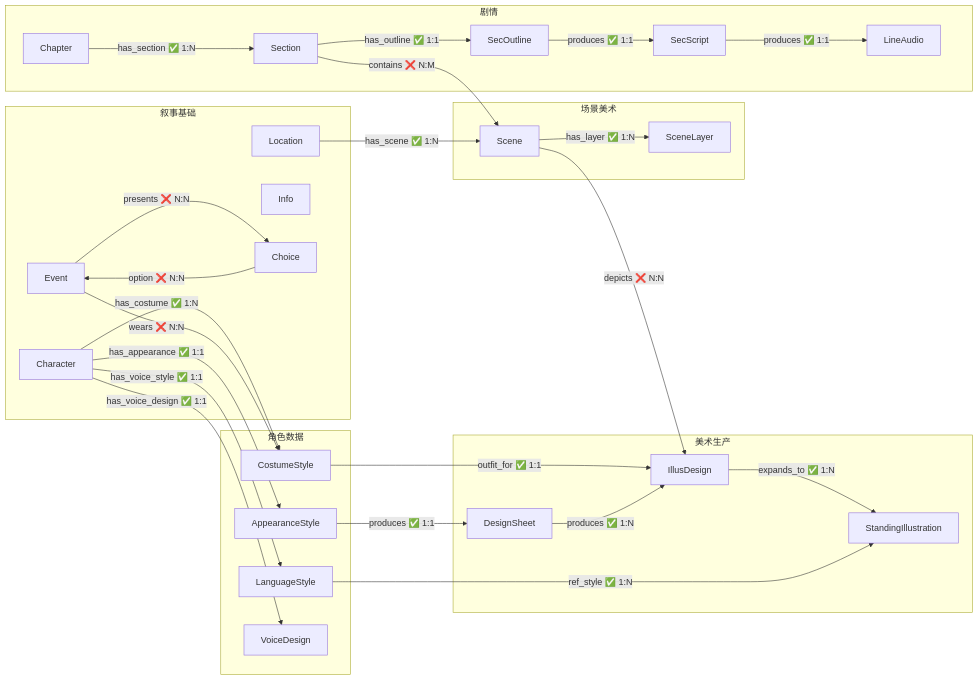
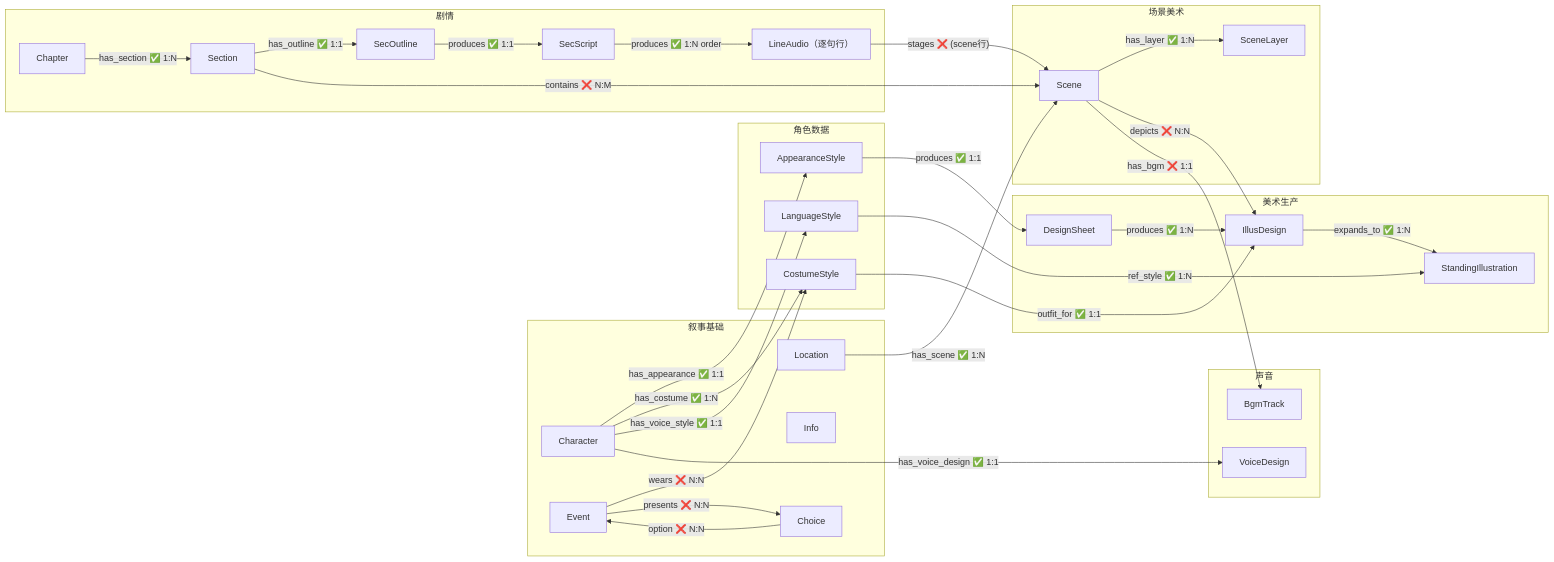
The diagram in 00_init/Schema总览.md (CrazyJinn/OtheredGlass), drawn with Mermaid before and after one commit. The commit also changed other lines of this file and 53 other files, not shown here.

````diff
--- a/00_init/Schema总览.md
+++ b/00_init/Schema总览.md
@@ -95,57 +100,63 @@
 ```mermaid
 flowchart LR
     subgraph 叙事["叙事基础"]
         Character["Character"]
         Event["Event"]
         Location["Location"]
         Info["Info"]
         Choice["Choice"]
     end
 
     subgraph 角色数据["角色数据"]
         Appearance["AppearanceStyle"]
         Costume["CostumeStyle"]
         Language["LanguageStyle"]
-        Voice["VoiceDesign"]
     end
 
     subgraph 美术生产["美术生产"]
         DesignSheet["DesignSheet"]
         IllusDesign["IllusDesign"]
         StandingIllus["StandingIllustration"]
     end
 
     subgraph 场景美术["场景美术"]
         Scene["Scene"]
         SceneLayer["SceneLayer"]
     end
 
+    subgraph 声音["声音"]
+        Voice["VoiceDesign"]
+        BgmTrack["BgmTrack"]
+    end
+
     subgraph 剧情["剧情"]
         Chapter["Chapter"]
         Section["Section"]
         SecOutline["SecOutline"]
         SecScript["SecScript"]
-        LineAudio["LineAudio"]
+        LineAudio["LineAudio（逐句行）"]
     end
 
     Character -->|"has_appearance ✅ 1:1"| Appearance
     Character -->|"has_costume ✅ 1:N"| Costume
     Character -->|"has_voice_style ✅ 1:1"| Language
     Character -->|"has_voice_design ✅ 1:1"| Voice
     Appearance -->|"produces ✅ 1:1"| DesignSheet
     Costume -->|"outfit_for ✅ 1:1"| IllusDesign
     DesignSheet -->|"produces ✅ 1:N"| IllusDesign
     Event -->|"wears ❌ N:N"| Costume
     Event -->|"presents ❌ N:N"| Choice
     Choice -->|"option ❌ N:N"| Event
     IllusDesign -->|"expands_to ✅ 1:N"| StandingIllus
     Language -->|"ref_style ✅ 1:N"| StandingIllus
     Location -->|"has_scene ✅ 1:N"| Scene
     Scene -->|"has_layer ✅ 1:N"| SceneLayer
     Chapter -->|"has_section ✅ 1:N"| Section
     Section -->|"has_outline ✅ 1:1"| SecOutline
     SecOutline -->|"produces ✅ 1:1"| SecScript
-    SecScript -->|"produces ✅ 1:1"| LineAudio
+    SecScript -->|"produces ✅ 1:N order"| LineAudio
     Section -->|"contains ❌ N:M"| Scene
+    LineAudio -->|"stages ❌ (scene行)"| Scene
     Scene -->|"depicts ❌ N:N"| IllusDesign
+    Scene -->|"has_bgm ❌ 1:1"| BgmTrack
 ```
````
